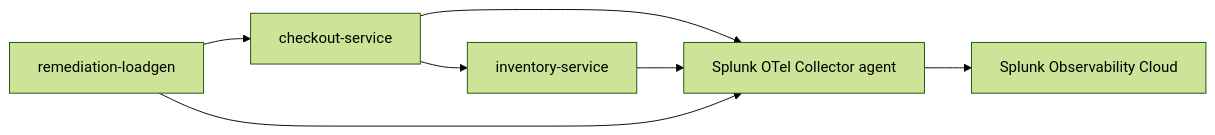
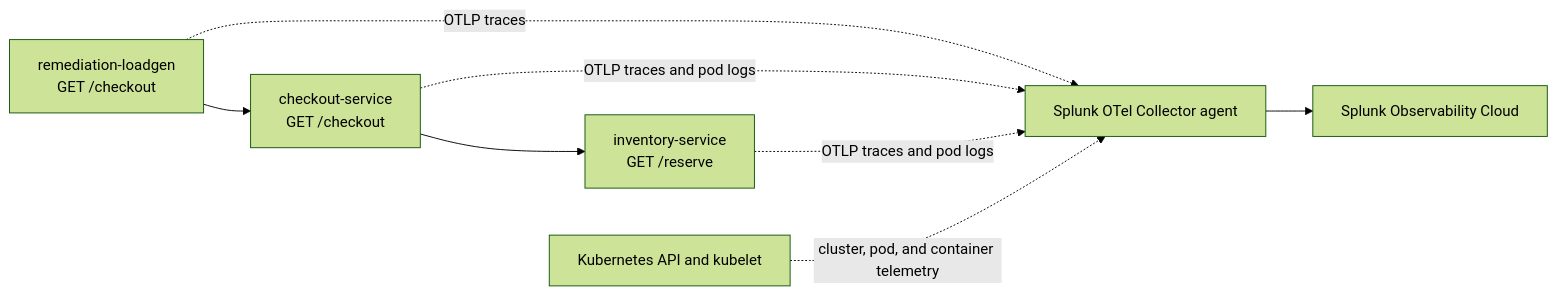
Before and after one commit to splunk/observability-workshop: the diagram in content/en/ninja-workshops/ai/13-ai-troubleshooting-remediation/1-deploy-lab-app/2-understand-the-app.md, drawn with Mermaid (forest theme). The commit also changed other lines of this file and 111 other files, not shown here.

````diff
--- a/content/en/ninja-workshops/ai/13-ai-troubleshooting-remediation/1-deploy-lab-app/2-understand-the-app.md
+++ b/content/en/ninja-workshops/ai/13-ai-troubleshooting-remediation/1-deploy-lab-app/2-understand-the-app.md
@@ -10,9 +18,10 @@
 ```mermaid
 flowchart LR
-    Loadgen["remediation-loadgen"] --> Checkout["checkout-service"]
-    Checkout --> Inventory["inventory-service"]
-    Checkout --> Collector["Splunk OTel Collector agent"]
-    Inventory --> Collector
-    Loadgen --> Collector
+    Loadgen["remediation-loadgen<br/>GET /checkout"] --> Checkout["checkout-service<br/>GET /checkout"]
+    Checkout --> Inventory["inventory-service<br/>GET /reserve"]
+    Loadgen -. "OTLP traces" .-> Collector["Splunk OTel Collector agent"]
+    Checkout -. "OTLP traces and pod logs" .-> Collector
+    Inventory -. "OTLP traces and pod logs" .-> Collector
+    K8s["Kubernetes API and kubelet"] -. "cluster, pod, and container telemetry" .-> Collector
     Collector --> O11y["Splunk Observability Cloud"]
 ```
````
